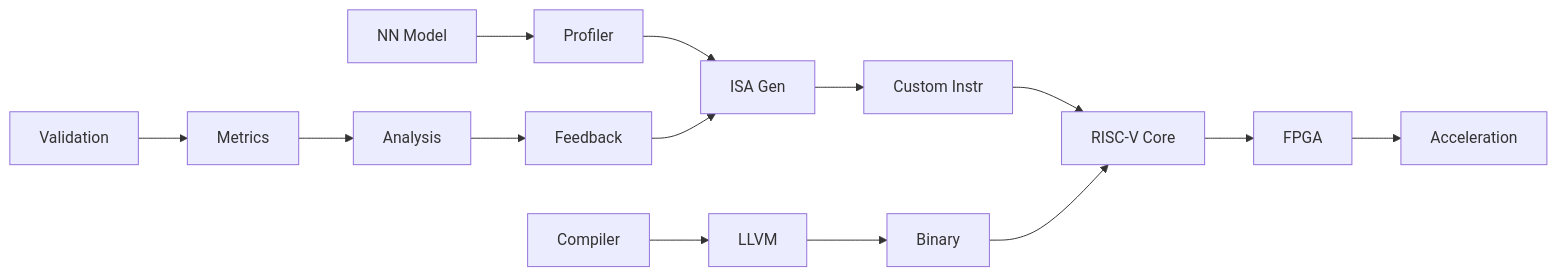
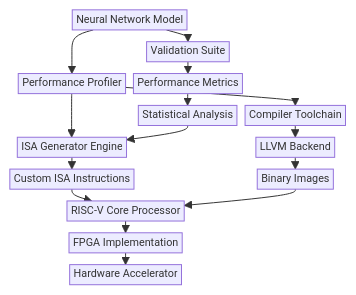
Before and after one commit to AryaP-1243/fpga-riscv-nn-extensions: the diagram in README.md, drawn with Mermaid. The commit also changed other lines of this file, not shown here.

First line of the commit message:
Restore full names in all tables and minimize mermaid diagram

````diff
--- a/README.md
+++ b/README.md
@@ -73,18 +73,21 @@
 ```mermaid
-graph LR
-    A[NN Model] --> B[Profiler]
-    B --> C[ISA Gen]
-    C --> D[Custom Instr]
-    D --> E[RISC-V Core]
-    E --> F[FPGA]
-    F --> G[Acceleration]
-    
-    H[Compiler] --> I[LLVM]
-    I --> J[Binary]
+%%{init: {'flowchart': {'nodeSpacing': 8, 'rankSpacing': 12, 'curve': 'basis', 'padding': 2}, 'themeVariables': {'fontSize': '11px'}}}%%
+graph TB
+    A[Neural Network Model]
+    A --> B[Performance Profiler]
+    B --> C[ISA Generator Engine]
+    C --> D[Custom ISA Instructions]
+    D --> E[RISC-V Core Processor]
+    E --> F[FPGA Implementation]
+    F --> G[Hardware Accelerator]
+
+    B --> H[Compiler Toolchain]
+    H --> I[LLVM Backend]
+    I --> J[Binary Images]
     J --> E
-    
-    K[Validation] --> L[Metrics]
-    L --> M[Analysis]
-    M --> N[Feedback]
-    N --> C
+
+    A --> K[Validation Suite]
+    K --> L[Performance Metrics]
+    L --> M[Statistical Analysis]
+    M --> C
 ```
````
